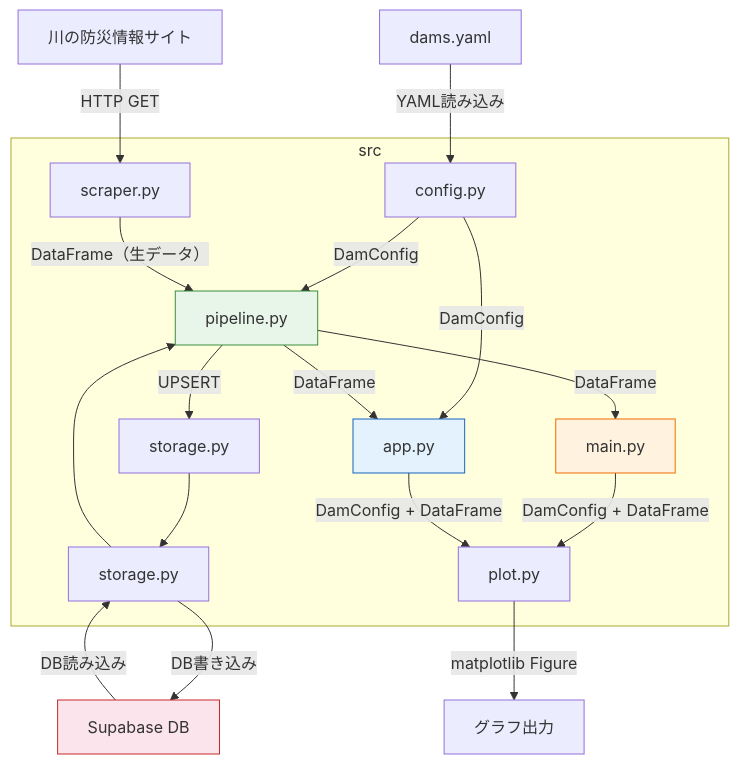
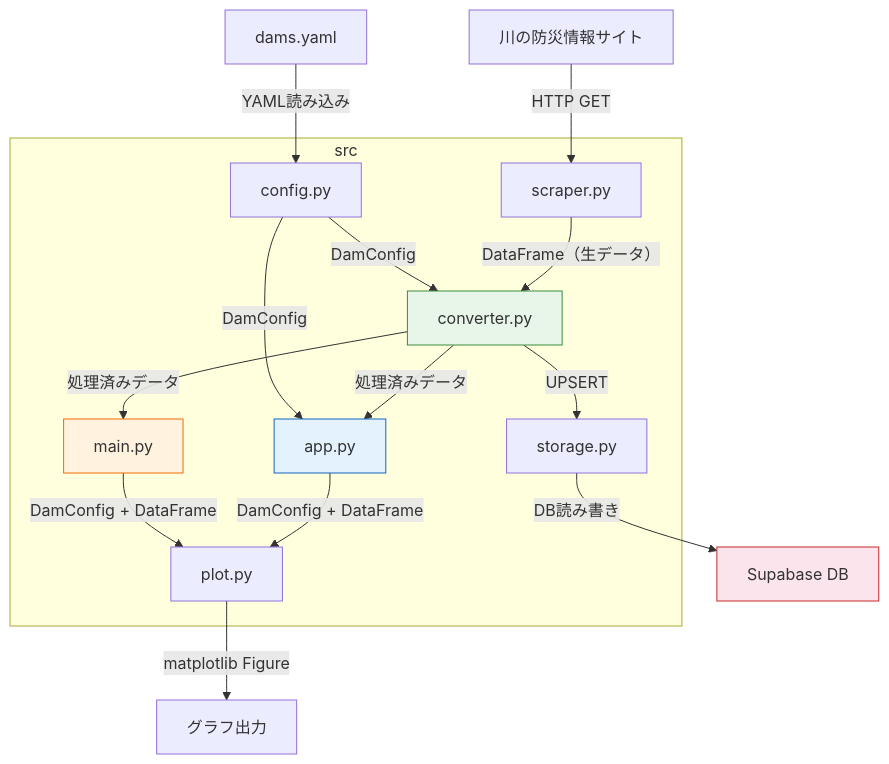
One commit to yukkie/WaterLevelMonitor changed the diagram in doc/Diagram.md. Above: the diagram before and after it, drawn with Mermaid. The commit also changed 6 other files, not shown here.

Commit message:
Refactor ETL layers: Rename pipeline to converter, consolidate storage, and enforce LF line endings

````diff
--- a/doc/Diagram.md
+++ b/doc/Diagram.md
@@ -3,41 +3,38 @@
 ```mermaid
 graph TD
     YAML["dams.yaml"]
     DB["Supabase DB"]
     WEB["川の防災情報サイト"]
     GRAPH["グラフ出力"]
 
     subgraph src
         CONFIG["config.py"]
         SCRAPER["scraper.py"]
         STORAGE["storage.py"]
-        DB_MOD["storage.py"]
-        PIPELINE["pipeline.py"]
+        CONVERTER["converter.py"]
         PLOT["plot.py"]
         MAIN["main.py"]
         APP["app.py"]
     end
 
     YAML -- "YAML読み込み" --> CONFIG
-    CONFIG -- "DamConfig" --> PIPELINE
+    CONFIG -- "DamConfig" --> CONVERTER
     CONFIG -- "DamConfig" --> APP
 
     WEB -- "HTTP GET" --> SCRAPER
-    SCRAPER -- "DataFrame（生データ）" --> PIPELINE
-    PIPELINE -- "UPSERT" --> STORAGE
-    STORAGE --> DB_MOD
-    DB_MOD -- "DB書き込み" --> DB
-    DB -- "DB読み込み" --> DB_MOD
-    DB_MOD --> PIPELINE
-    PIPELINE -- "DataFrame" --> MAIN
-    PIPELINE -- "DataFrame" --> APP
+    SCRAPER -- "DataFrame（生データ）" --> CONVERTER
+    CONVERTER -- "UPSERT" --> STORAGE
+    STORAGE -- "DB読み書き" --> DB
+
+    CONVERTER -- "処理済みデータ" --> MAIN
+    CONVERTER -- "処理済みデータ" --> APP
 
     MAIN -- "DamConfig + DataFrame" --> PLOT
     APP -- "DamConfig + DataFrame" --> PLOT
     PLOT -- "matplotlib Figure" --> GRAPH
 
-    style PIPELINE fill:#e8f5e9,stroke:#388e3c
+    style CONVERTER fill:#e8f5e9,stroke:#388e3c
     style APP fill:#e3f2fd,stroke:#1565c0
     style MAIN fill:#fff3e0,stroke:#ef6c00
     style DB fill:#fce4ec,stroke:#c62828
 ```
````
